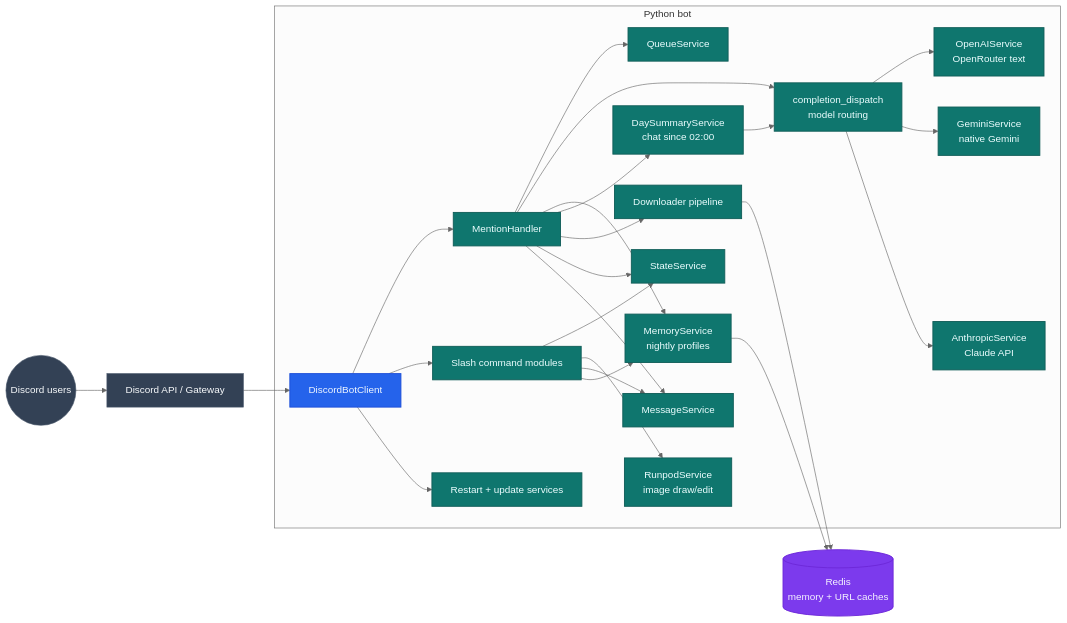
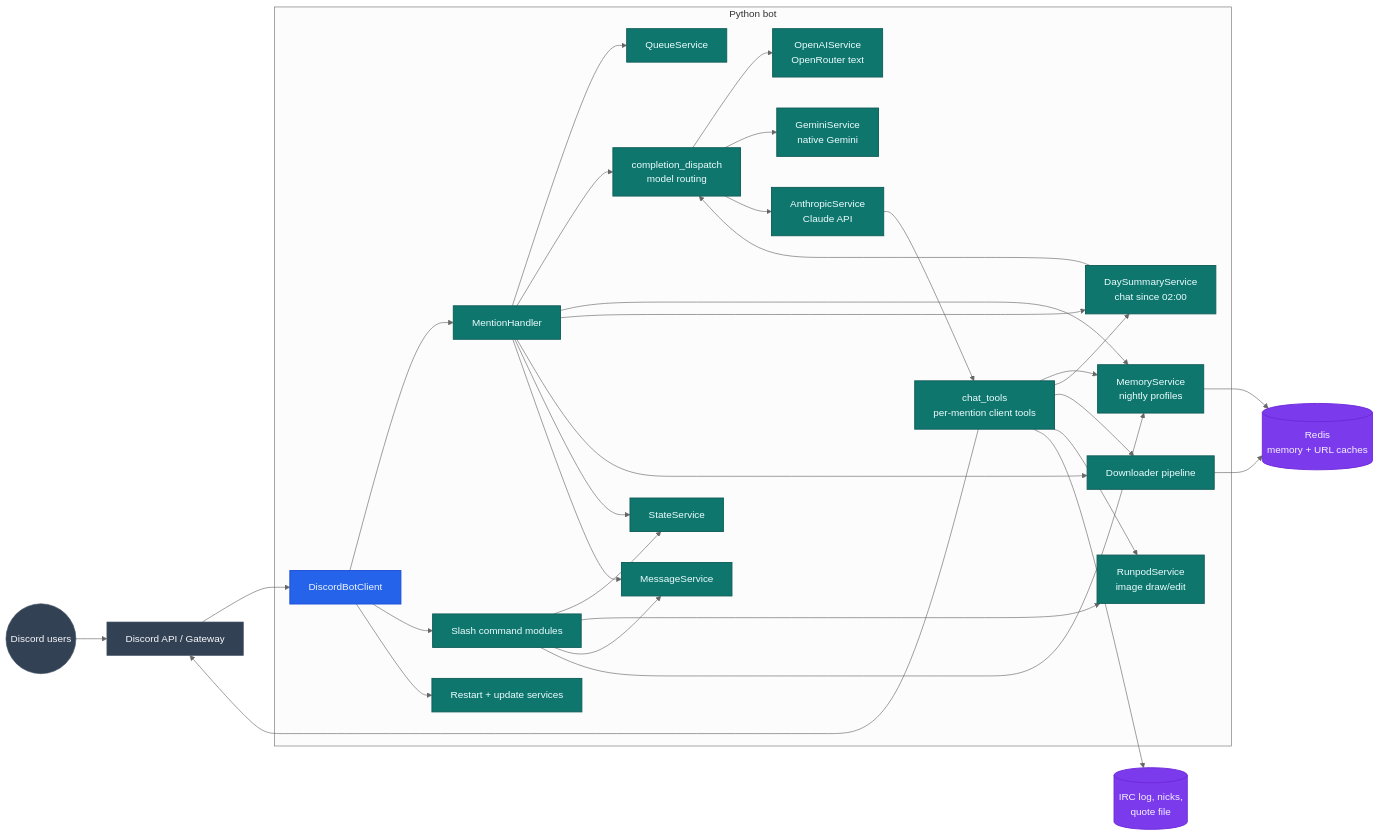
Before and after one commit to jobeus/cmwgpt: the first of 5 diagrams in docs/architecture.md, drawn with Mermaid (neutral theme). The commit also changed other lines of this file and 12 other files, not shown here.

````diff
--- a/docs/architecture.md
+++ b/docs/architecture.md
@@ -29,52 +30,61 @@
 ```mermaid
 flowchart LR
     classDef edge fill:#334155,color:#f8fafc,stroke:#475569,stroke-width:1px;
     classDef bot fill:#2563eb,color:#eff6ff,stroke:#1d4ed8,stroke-width:1.5px;
     classDef service fill:#0f766e,color:#ecfeff,stroke:#115e59,stroke-width:1.5px;
     classDef data fill:#7c3aed,color:#f5f3ff,stroke:#6d28d9,stroke-width:1.5px;
 
     User((Discord users)):::edge --> Discord[Discord API / Gateway]:::edge
 
     subgraph BotApp[Python bot]
         Client[DiscordBotClient]:::bot
         Mention[MentionHandler]:::service
         Commands[Slash command modules]:::service
         Queue[QueueService]:::service
         State[StateService]:::service
         Dispatch[completion_dispatch<br/>model routing]:::service
         OpenAI[OpenAIService<br/>OpenRouter text]:::service
         Gemini[GeminiService<br/>native Gemini]:::service
         Anthropic[AnthropicService<br/>Claude API]:::service
+        Tools[chat_tools<br/>per-mention client tools]:::service
         Memory[MemoryService<br/>nightly profiles]:::service
         DaySummary[DaySummaryService<br/>chat since 02:00]:::service
         Runpod[RunpodService<br/>image draw/edit]:::service
         Downloader[Downloader pipeline]:::service
         MsgSvc[MessageService]:::service
         Restart[Restart + update services]:::service
     end
 
     Discord --> Client
     Client --> Mention
     Client --> Commands
     Mention --> Queue
     Mention --> Dispatch
     Dispatch --> OpenAI
     Dispatch --> Gemini
     Dispatch --> Anthropic
     Mention --> Memory
     Mention --> DaySummary
     DaySummary --> Dispatch
     Mention --> Downloader
     Mention --> State
     Mention --> MsgSvc
     Commands --> State
     Commands --> Runpod
     Commands --> MsgSvc
     Client --> Restart
 
     Commands --> Memory
+    Anthropic --> Tools
+    Tools --> Memory
+    Tools --> DaySummary
+    Tools --> Downloader
+    Tools --> Runpod
 
     Cache[(Redis<br/>memory + URL caches)]:::data
+    Files[(IRC log, nicks,<br/>quote file)]:::data
     Memory --> Cache
     Downloader --> Cache
+    Tools --> Files
+    Tools --> Discord
 ```
````
